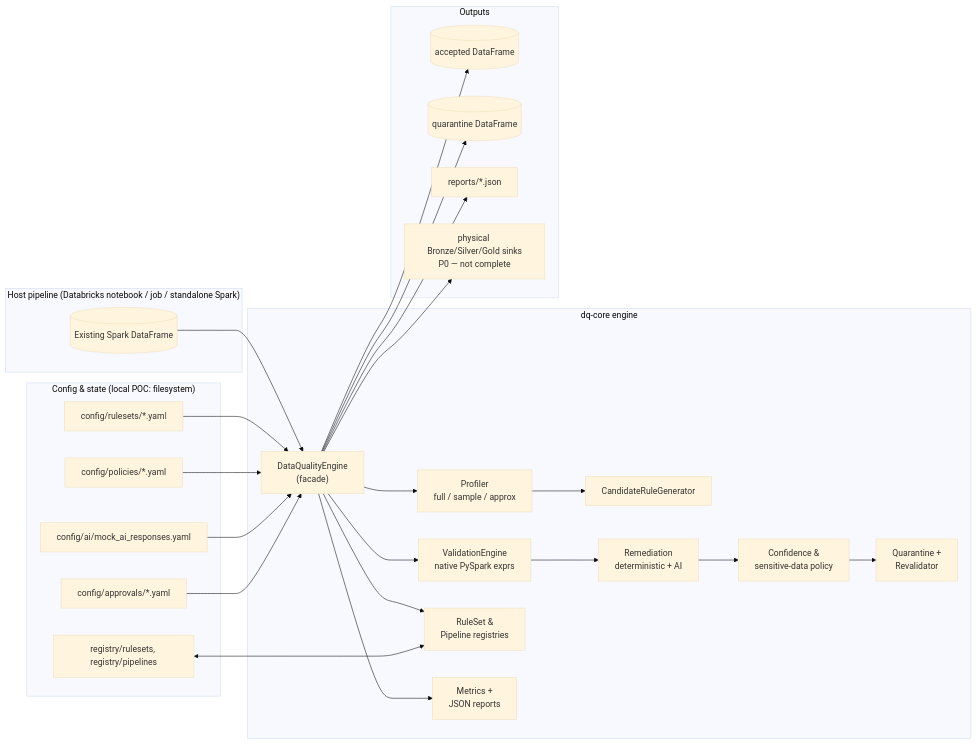
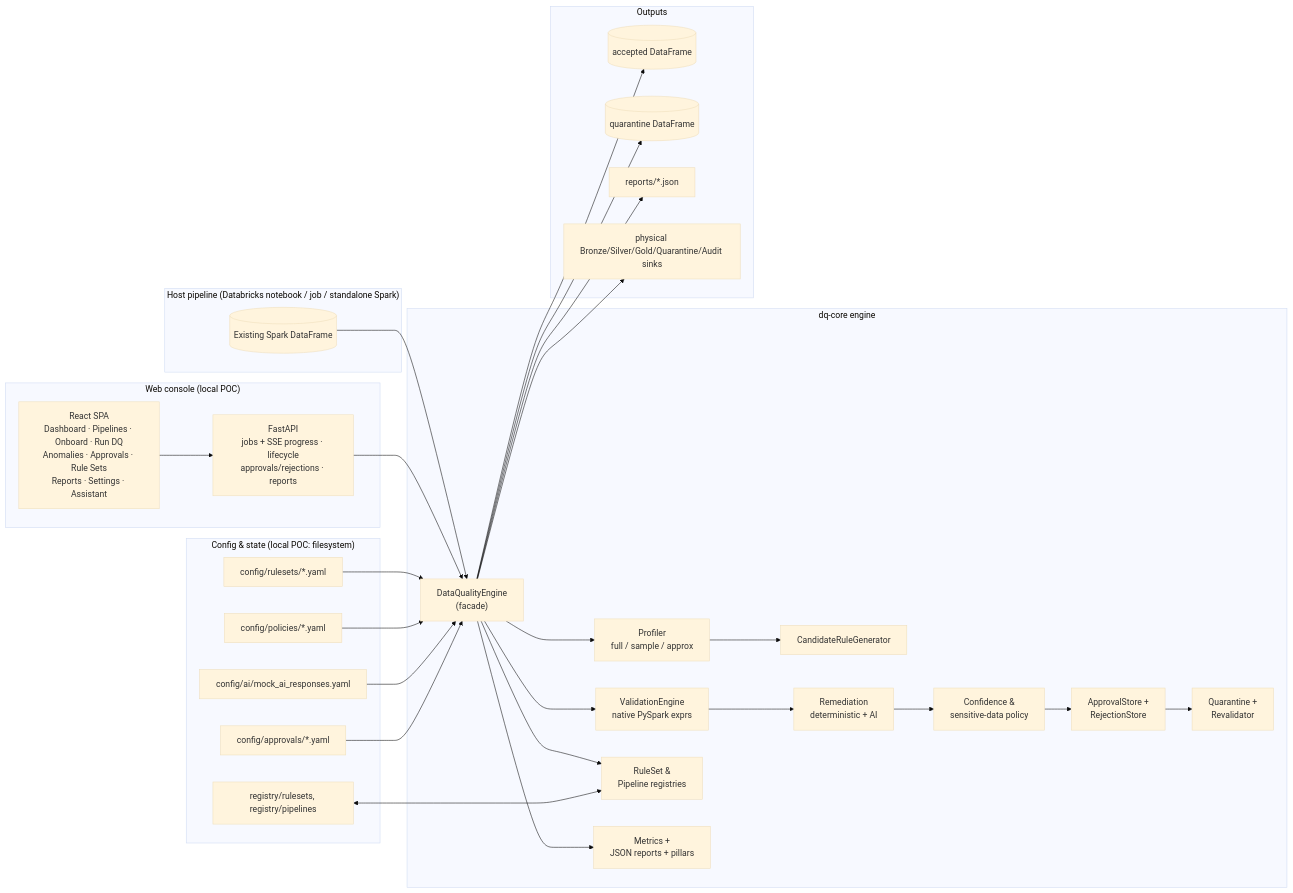
Before and after one commit to KGANESHKUMARK/dq-accelerator: the fourth of 7 diagrams in docs/architecture.md, drawn with Mermaid (base theme). The commit also changed other lines of this file and 15 other files, not shown here.

````diff
--- a/docs/architecture.md
+++ b/docs/architecture.md
@@ -115,43 +123,51 @@
 ```mermaid
 flowchart LR
     subgraph Host["Host pipeline (Databricks notebook / job / standalone Spark)"]
         DF[("Existing Spark DataFrame")]
+    end
+
+    subgraph UI["Web console (local POC)"]
+        FE["React SPA<br/>Dashboard · Pipelines · Onboard · Run DQ<br/>Anomalies · Approvals · Rule Sets<br/>Reports · Settings · Assistant"]
+        API["FastAPI<br/>jobs + SSE progress · lifecycle<br/>approvals/rejections · reports"]
+        FE --> API
     end
 
     subgraph DQ["dq-core engine"]
         ENG["DataQualityEngine<br/>(facade)"]
         PROF["Profiler<br/>full / sample / approx"]
         GEN["CandidateRuleGenerator"]
         VAL["ValidationEngine<br/>native PySpark exprs"]
         REM["Remediation<br/>deterministic + AI"]
         POL["Confidence &<br/>sensitive-data policy"]
+        APRV["ApprovalStore +<br/>RejectionStore"]
         QAR["Quarantine +<br/>Revalidator"]
         REG["RuleSet &<br/>Pipeline registries"]
-        MET["Metrics +<br/>JSON reports"]
+        MET["Metrics +<br/>JSON reports + pillars"]
     end
 
     subgraph Store["Config & state (local POC: filesystem)"]
         RS["config/rulesets/*.yaml"]
         POLY["config/policies/*.yaml"]
         REGY["registry/rulesets, registry/pipelines"]
         AI["config/ai/mock_ai_responses.yaml"]
         APR["config/approvals/*.yaml"]
     end
 
     subgraph Out["Outputs"]
         ACC[("accepted DataFrame")]
         QUAR[("quarantine DataFrame")]
         REP["reports/*.json"]
-        MED["physical Bronze/Silver/Gold sinks<br/>P0 — not complete"]
+        MED["physical Bronze/Silver/Gold/Quarantine/Audit sinks"]
     end
 
     DF --> ENG
+    API --> ENG
     ENG --> PROF --> GEN
-    ENG --> VAL --> REM --> POL --> QAR
+    ENG --> VAL --> REM --> POL --> APRV --> QAR
     ENG --> REG
     ENG --> MET
     RS & POLY & AI & APR --> ENG
     REGY <--> REG
     ENG --> ACC & QUAR & REP
     ENG --> MED
 ```
````
